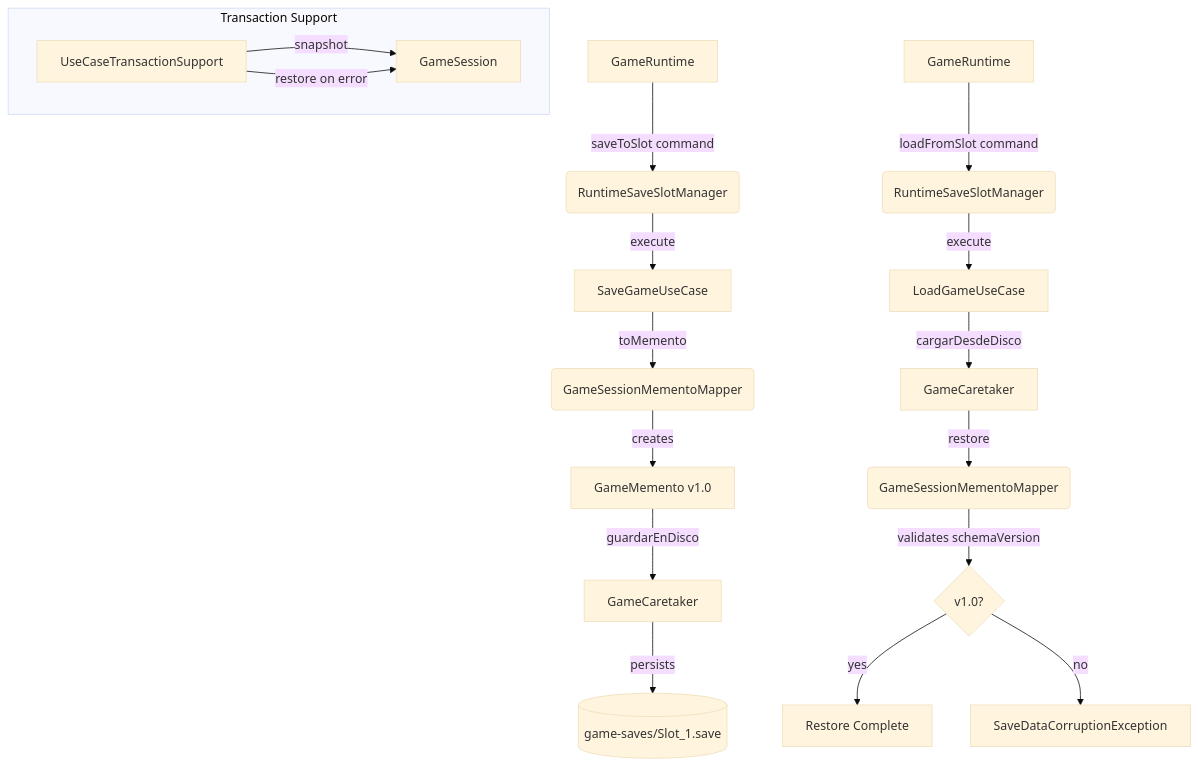
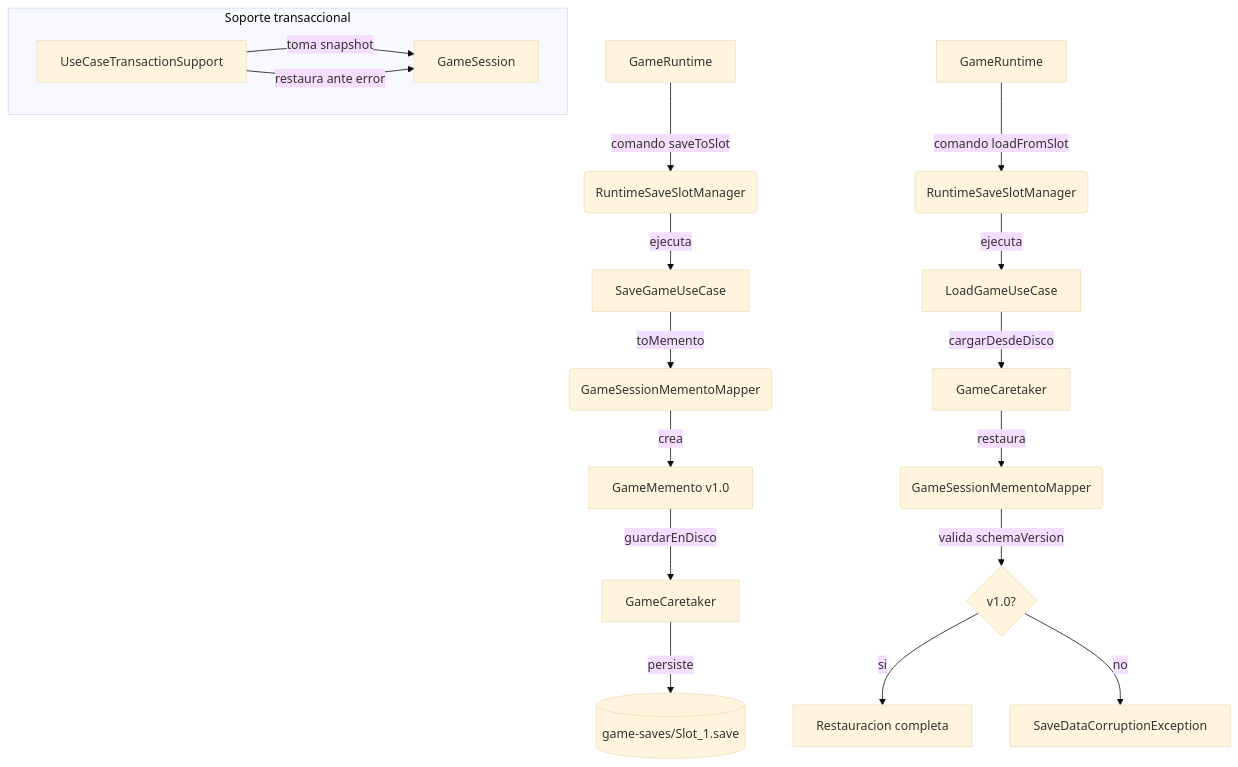
One commit to Craos6518/dungeon-crawler-patterns changed the diagram in docs/03-patterns/memento.md. Above: the diagram before and after it, drawn with Mermaid (base theme). The commit also changed 11 other files, not shown here.

Commit message:
refactor: actualizar diagramas y terminología en la documentación de patrones

````diff
--- a/docs/03-patterns/memento.md
+++ b/docs/03-patterns/memento.md
@@ -77,22 +77,22 @@
 ```mermaid
 graph TD
-    A[GameRuntime] -->|saveToSlot command| B(RuntimeSaveSlotManager)
-    B -->|execute| C[SaveGameUseCase]
+    A[GameRuntime] -->|comando saveToSlot| B(RuntimeSaveSlotManager)
+    B -->|ejecuta| C[SaveGameUseCase]
     C -->|toMemento| D(GameSessionMementoMapper)
-    D -->|creates| E[GameMemento v1.0]
+    D -->|crea| E[GameMemento v1.0]
     E -->|guardarEnDisco| F[GameCaretaker]
-    F -->|persists| G[(game-saves/Slot_1.save)]
+    F -->|persiste| G[(game-saves/Slot_1.save)]
 
-    H[GameRuntime] -->|loadFromSlot command| I(RuntimeSaveSlotManager)
-    I -->|execute| J[LoadGameUseCase]
+    H[GameRuntime] -->|comando loadFromSlot| I(RuntimeSaveSlotManager)
+    I -->|ejecuta| J[LoadGameUseCase]
     J -->|cargarDesdeDisco| K[GameCaretaker]
-    K -->|restore| L(GameSessionMementoMapper)
-    L -->|validates schemaVersion| M{v1.0?}
-    M -->|yes| N[Restore Complete]
+    K -->|restaura| L(GameSessionMementoMapper)
+    L -->|valida schemaVersion| M{v1.0?}
+    M -->|si| N[Restauracion completa]
     M -->|no| O[SaveDataCorruptionException]
 
-    subgraph Transaction Support
-    P[UseCaseTransactionSupport] -->|snapshot| Q[GameSession]
-    P -->|restore on error| Q
+    subgraph Soporte transaccional
+    P[UseCaseTransactionSupport] -->|toma snapshot| Q[GameSession]
+    P -->|restaura ante error| Q
     end
 ```
````
